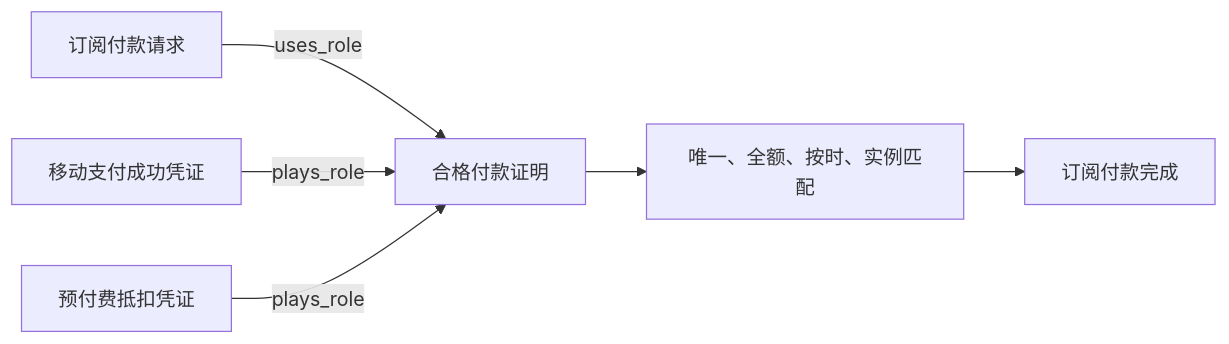
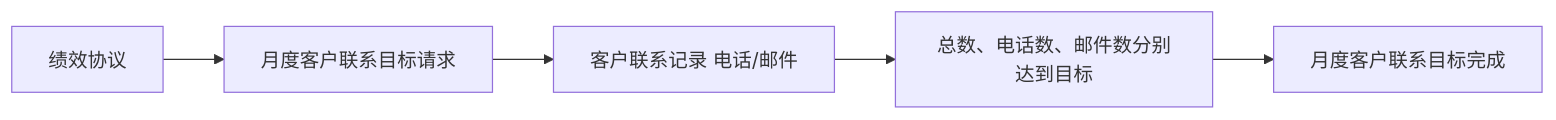
The diagram in .evidence/fm/00-overview.md (JayClock/Evidence-Framework), drawn with Mermaid before and after one commit. The commit also changed other lines of this file and 181 other files, not shown here.

````diff
--- a/.evidence/fm/00-overview.md
+++ b/.evidence/fm/00-overview.md
@@ -41,8 +25,7 @@
 ```mermaid
 flowchart LR
-  A[订阅付款请求] -->|uses_role| R[合格付款证明]
-  M[移动支付成功凭证] -->|plays_role| R
-  P[预付费抵扣凭证] -->|plays_role| R
-  R --> C[唯一、全额、按时、实例匹配]
-  C --> D[订阅付款完成]
+  A[绩效协议] --> B[月度客户联系目标请求]
+  B --> C[客户联系记录 电话/邮件]
+  C --> D[总数、电话数、邮件数分别达到目标]
+  D --> E[月度客户联系目标完成]
 ```
````
